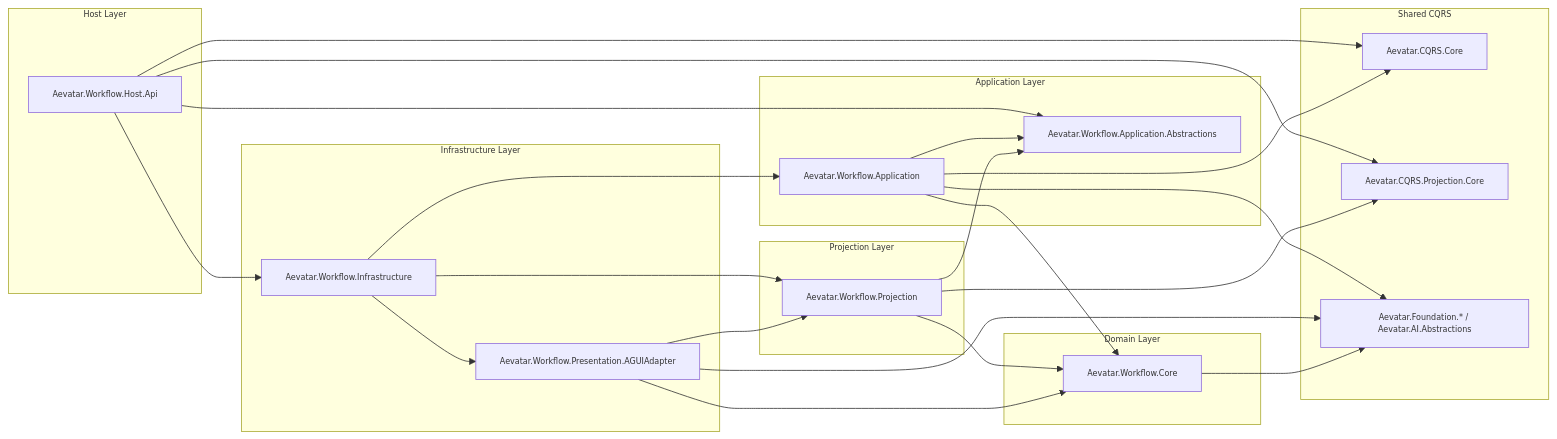
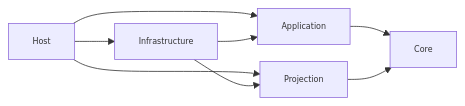
One commit to aevatarAI/aevatar changed the diagram in src/workflow/README.md. Above: the diagram before and after it, drawn with Mermaid. The commit also changed other lines of this file and 71 other files, not shown here.

First line of the commit message:
Enhance workflow architecture and actorization documentation

````diff
--- a/src/workflow/README.md
+++ b/src/workflow/README.md
@@ -16,50 +25,17 @@
 ```mermaid
 %%{init: {"maxTextSize": 100000, "flowchart": {"useMaxWidth": false, "nodeSpacing": 10, "rankSpacing": 50}, "themeVariables": {"fontSize": "10px"}}}%%
 flowchart LR
-  subgraph Host["Host Layer"]
-    H["Aevatar.Workflow.Host.Api"]
-  end
+  H["Host"]
+  I["Infrastructure"]
+  A["Application"]
+  P["Projection"]
+  C["Core"]
 
-  subgraph Infra["Infrastructure Layer"]
-    I["Aevatar.Workflow.Infrastructure"]
-    AGUIA["Aevatar.Workflow.Presentation.AGUIAdapter"]
-  end
-
-  subgraph App["Application Layer"]
-    A["Aevatar.Workflow.Application"]
-    AB["Aevatar.Workflow.Application.Abstractions"]
-  end
-
-  subgraph Projection["Projection Layer"]
-    P["Aevatar.Workflow.Projection"]
-  end
-
-  subgraph Domain["Domain Layer"]
-    C["Aevatar.Workflow.Core"]
-  end
-
-  subgraph Shared["Shared CQRS"]
-    CQRSC["Aevatar.CQRS.Core"]
-    CQRSP["Aevatar.CQRS.Projection.Core"]
-    F["Aevatar.Foundation.* / Aevatar.AI.Abstractions"]
-  end
-
-  H --> CQRSC
-  H --> CQRSP
   H --> I
-  H --> AB
+  H --> A
+  H --> P
   I --> A
   I --> P
-  I --> AGUIA
-  A --> AB
   A --> C
-  A --> CQRSC
-  A --> F
-  P --> AB
   P --> C
-  P --> CQRSP
-  AGUIA --> P
-  AGUIA --> C
-  AGUIA --> F
-  C --> F
 ```
````
